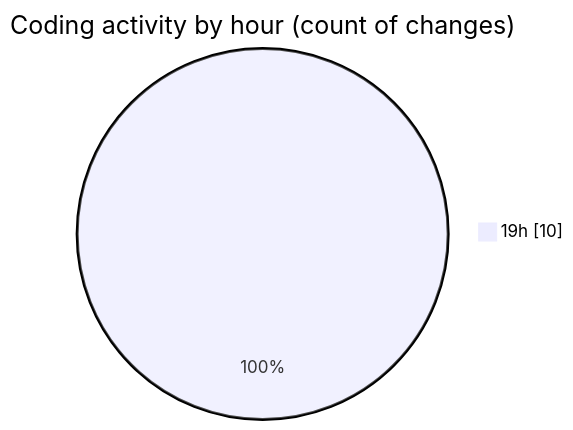
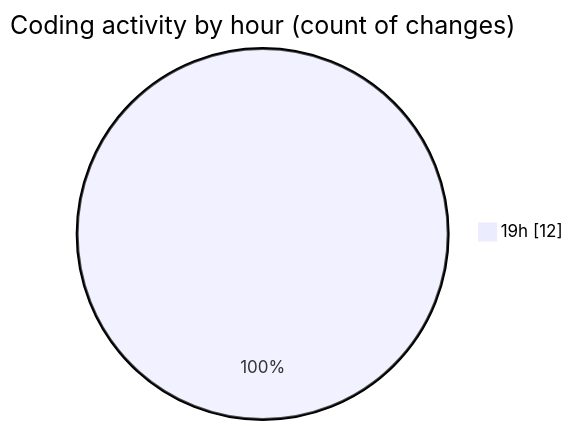
Before and after one commit to momahboobian/code-tracking: the second of 2 diagrams in 2025-02-28/cda/README.md, drawn with Mermaid. The commit also changed other lines of this file and 1 other file, not shown here.

````diff
--- a/2025-02-28/cda/README.md
+++ b/2025-02-28/cda/README.md
@@ -31,5 +33,5 @@
 ```mermaid
 pie showData
 title Coding activity by hour (count of changes)
-"19h" : 10
+"19h" : 12
 ```
````
